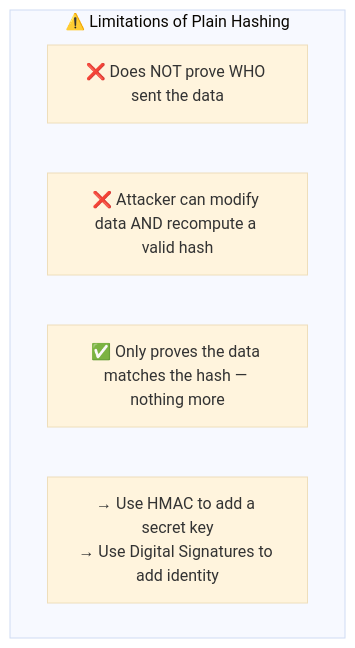
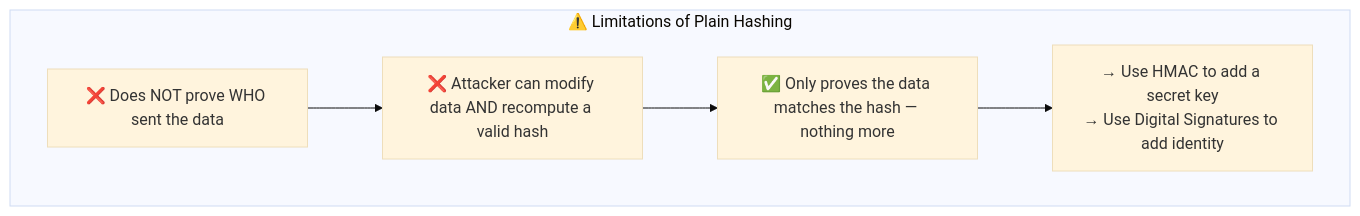
Before and after one commit to csoares/SecurityJava: the third of 8 diagrams in src/main/java/security/encryption/integrity/README.md, drawn with Mermaid (base theme). The commit also changed other lines of this file and 8 other files, not shown here.

Commit message:
Enhance README with additional flowchart connections and clarifications for cryptographic concepts

````diff
--- a/src/main/java/security/encryption/integrity/README.md
+++ b/src/main/java/security/encryption/integrity/README.md
@@ -51,9 +51,10 @@
 ```mermaid
 flowchart TD
     subgraph Limits ["⚠️ Limitations of Plain Hashing"]
         L1["❌ Does NOT prove WHO sent the data"]
         L2["❌ Attacker can modify data AND recompute a valid hash"]
         L3["✅ Only proves the data matches the hash — nothing more"]
         L4["→ Use HMAC to add a secret key<br/>→ Use Digital Signatures to add identity"]
+        L1 --> L2 --> L3 --> L4
     end
 ```
````
